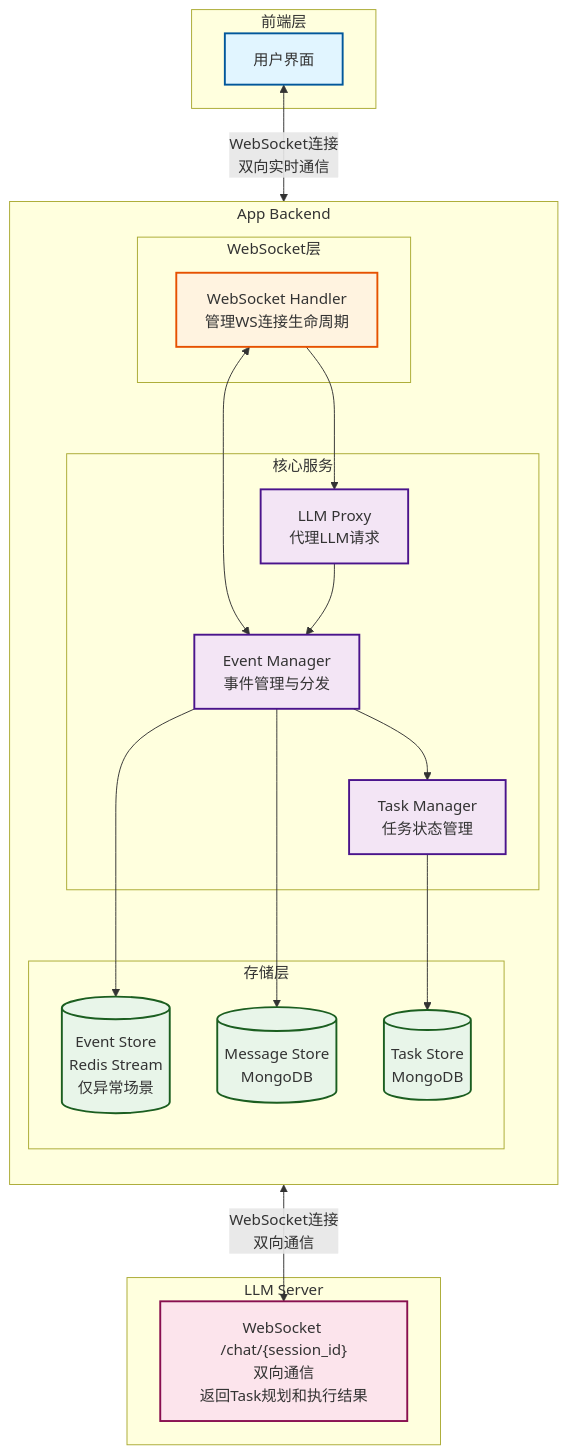
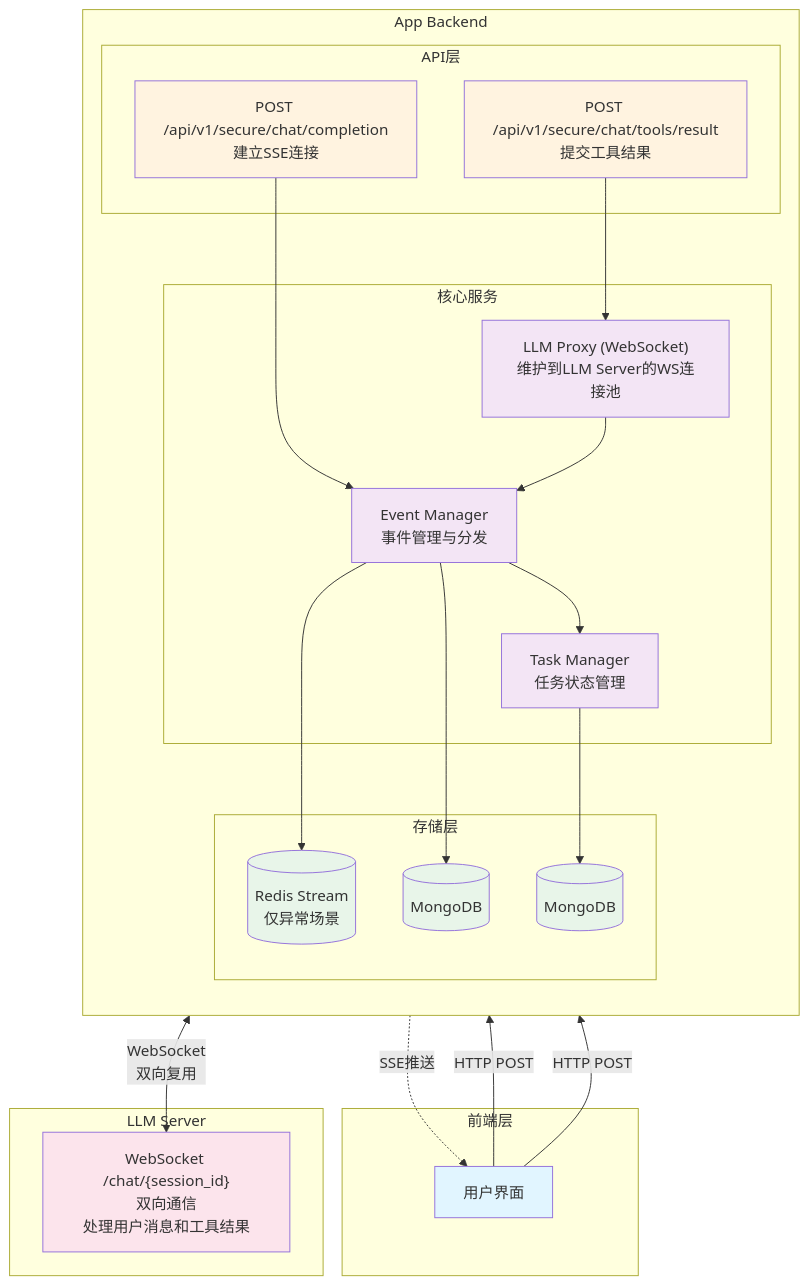
One commit to yingjianzh/iodraw-files changed the diagram in all/未命名-10.md. Above: the diagram before and after it, drawn with Mermaid.

Commit message:
2025-12-25 16:48:54 update

````diff
--- a/all/未命名-10.md
+++ b/all/未命名-10.md
@@ -1,54 +1,58 @@
 ```mermaid
 graph TB
   subgraph "前端层"
     UI[用户界面]
   end
 
   subgraph "App Backend"
     direction TB
 
-    subgraph "WebSocket层"
-      WSHandler["WebSocket Handler<br/>管理WS连接生命周期"]
+    subgraph "API层"
+      ChatAPI["POST /api/v1/secure/chat/completion<br/>建立SSE连接"]
+      ToolAPI["POST /api/v1/secure/chat/tools/result<br/>提交工具结果"]
     end
 
     subgraph "核心服务"
       EventMgr["Event Manager<br/>事件管理与分发"]
       TaskMgr["Task Manager<br/>任务状态管理"]
-      LLMProxy["LLM Proxy<br/>代理LLM请求"]
+      LLMProxy["LLM Proxy (WebSocket)<br/>维护到LLM Server的WS连接池"]
     end
 
     subgraph "存储层"
-      EventStore[("Event Store<br/>Redis Stream<br/>仅异常场景")]
-      TaskStore[("Task Store<br/>MongoDB")]
-      MessageStore[("Message Store<br/>MongoDB")]
+      EventStore[("Redis Stream<br/>仅异常场景")]
+      TaskStore[("MongoDB")]
+      MessageStore[("MongoDB")]
     end
   end
 
   subgraph "LLM Server"
-    LLMWS["WebSocket /chat/{session_id}<br/>双向通信<br/>返回Task规划和执行结果"]
+    LLMWS["WebSocket /chat/{session_id}<br/>双向通信<br/>处理用户消息和工具结果"]
   end
 
-  UI <-->|"WebSocket连接<br/>双向实时通信"| WSHandler
-  WSHandler <--> EventMgr
-  WSHandler --> LLMProxy
+  UI -->|"HTTP POST"| ChatAPI
+  UI -->|"HTTP POST"| ToolAPI
+  ChatAPI -.->|"SSE推送"| UI
   
-  LLMProxy <-->|"WebSocket连接<br/>双向通信"| LLMWS
+  ChatAPI --> EventMgr
+  ToolAPI --> LLMProxy
+  
+  LLMProxy <-->|"WebSocket<br/>双向复用"| LLMWS
   
   LLMProxy --> EventMgr
   EventMgr --> TaskMgr
   EventMgr --> EventStore
   EventMgr --> MessageStore
   TaskMgr --> TaskStore
 
-  classDef frontend fill:#e1f5ff,stroke:#01579b,stroke-width:2px
-  classDef ws fill:#fff3e0,stroke:#e65100,stroke-width:2px
-  classDef service fill:#f3e5f5,stroke:#4a148c,stroke-width:2px
-  classDef storage fill:#e8f5e9,stroke:#1b5e20,stroke-width:2px
-  classDef llm fill:#fce4ec,stroke:#880e4f,stroke-width:2px
+  classDef frontend fill:#e1f5ff
+  classDef api fill:#fff3e0
+  classDef service fill:#f3e5f5
+  classDef storage fill:#e8f5e9
+  classDef llm fill:#fce4ec
 
   class UI frontend
-  class WSHandler ws
+  class ChatAPI,ToolAPI api
   class EventMgr,TaskMgr,LLMProxy service
   class EventStore,TaskStore,MessageStore storage
   class LLMWS llm
 ```
````
